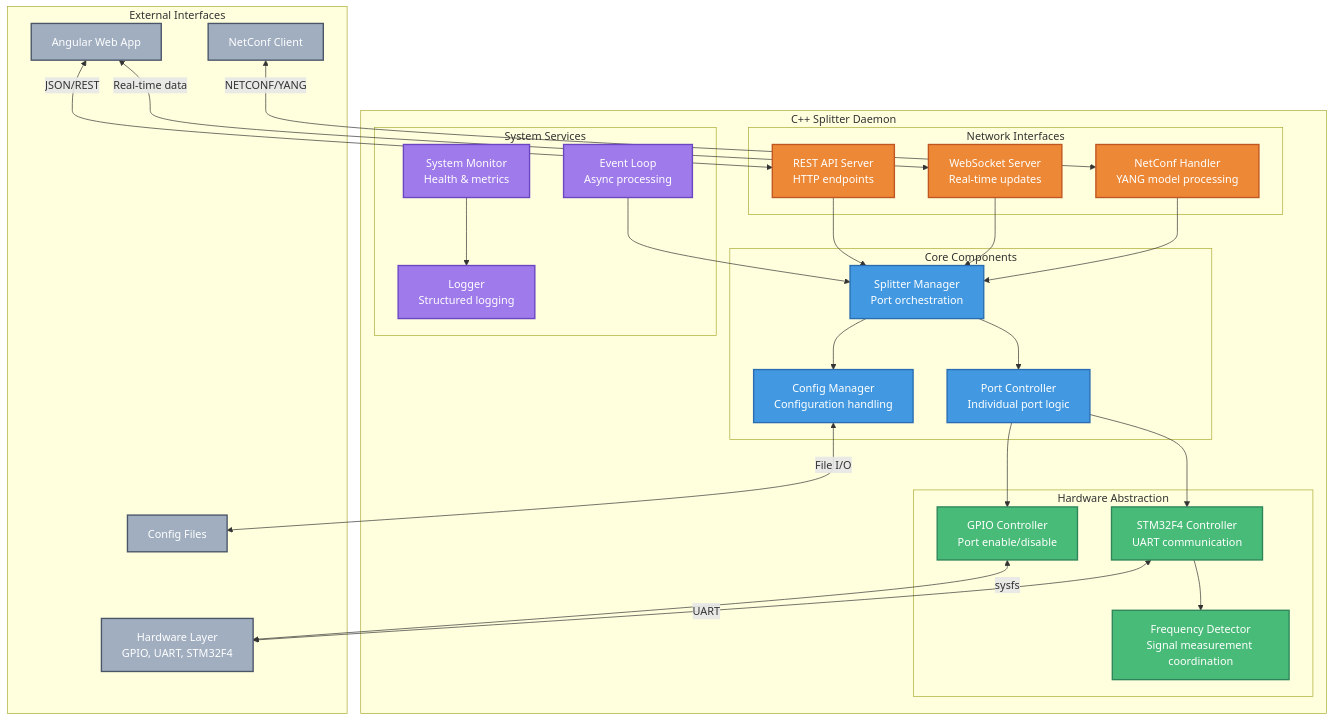
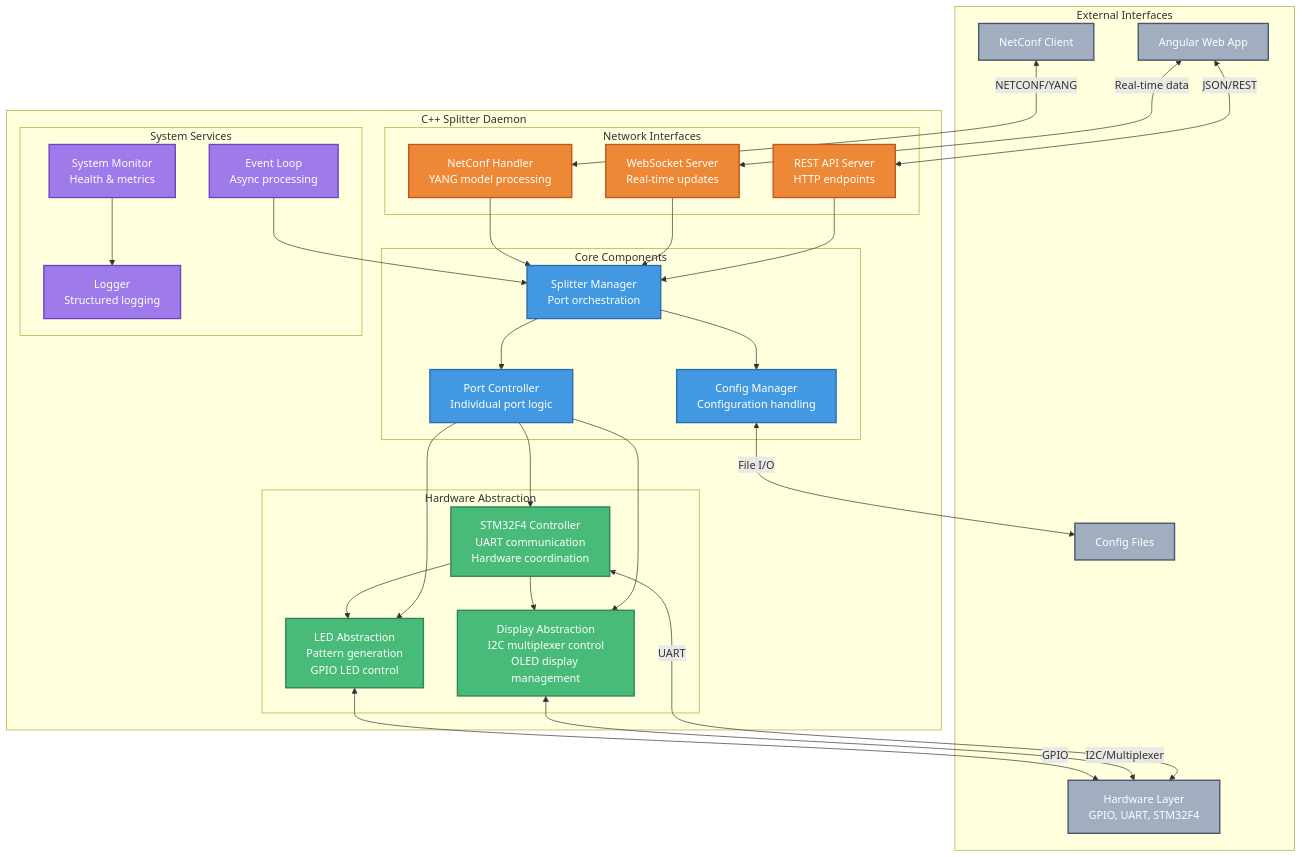
Before and after one commit to alandovskis/lband-splitter: the third of 5 diagrams in README.md, drawn with Mermaid. The commit also changed other lines of this file and 10 other files, not shown here.

First line of the commit message:
Introduce display and LED abstractions in STM32F4 firmware

````diff
--- a/README.md
+++ b/README.md
@@ -103,68 +103,71 @@
 ```mermaid
 graph TB
     subgraph "C++ Splitter Daemon"
         subgraph "Core Components"
             SplitterManager[Splitter Manager<br/>Port orchestration]
             PortController[Port Controller<br/>Individual port logic]
             ConfigManager[Config Manager<br/>Configuration handling]
         end
         
         subgraph "Hardware Abstraction"
-            GPIOController[GPIO Controller<br/>Port enable/disable]
-            STM32Controller[STM32F4 Controller<br/>UART communication]
-            FreqDetector[Frequency Detector<br/>Signal measurement coordination]
+            STM32Controller[STM32F4 Controller<br/>UART communication<br/>Hardware coordination]
+            DisplayAbstraction[Display Abstraction<br/>I2C multiplexer control<br/>OLED display management]
+            LEDAbstraction[LED Abstraction<br/>Pattern generation<br/>GPIO LED control]
         end
         
         subgraph "Network Interfaces"
             RESTServer[REST API Server<br/>HTTP endpoints]
             WebSocketServer[WebSocket Server<br/>Real-time updates]
             NetConfHandler[NetConf Handler<br/>YANG model processing]
         end
         
         subgraph "System Services"
             Logger[Logger<br/>Structured logging]
             Monitor[System Monitor<br/>Health & metrics]
             EventLoop[Event Loop<br/>Async processing]
         end
     end
     
     subgraph "External Interfaces"
         WebApp[Angular Web App]
         NetConfClient[NetConf Client]
         Hardware[Hardware Layer<br/>GPIO, UART, STM32F4]
         ConfigFiles[Config Files]
     end
     
     WebApp <-->|JSON/REST| RESTServer
     WebApp <-->|Real-time data| WebSocketServer
     NetConfClient <-->|NETCONF/YANG| NetConfHandler
     
     SplitterManager --> PortController
     SplitterManager --> ConfigManager
-    PortController --> GPIOController
     PortController --> STM32Controller
-    STM32Controller --> FreqDetector
+    PortController --> DisplayAbstraction
+    PortController --> LEDAbstraction
+    STM32Controller --> DisplayAbstraction
+    STM32Controller --> LEDAbstraction
     
     RESTServer --> SplitterManager
     WebSocketServer --> SplitterManager
     NetConfHandler --> SplitterManager
     
     Monitor --> Logger
     EventLoop --> SplitterManager
     
-    GPIOController <-->|sysfs| Hardware
     STM32Controller <-->|UART| Hardware
+    DisplayAbstraction <-->|I2C/Multiplexer| Hardware
+    LEDAbstraction <-->|GPIO| Hardware
     ConfigManager <-->|File I/O| ConfigFiles
     
     classDef core fill:#4299E1,stroke:#2B6CB0,stroke-width:2px,color:#fff
     classDef hardware fill:#48BB78,stroke:#2F855A,stroke-width:2px,color:#fff
     classDef network fill:#ED8936,stroke:#C05621,stroke-width:2px,color:#fff
     classDef system fill:#9F7AEA,stroke:#6B46C1,stroke-width:2px,color:#fff
     classDef external fill:#A0AEC0,stroke:#4A5568,stroke-width:2px,color:#fff
     
     class SplitterManager,PortController,ConfigManager core
-    class GPIOController,STM32Controller,FreqDetector hardware
+    class STM32Controller,DisplayAbstraction,LEDAbstraction hardware
     class RESTServer,WebSocketServer,NetConfHandler network
     class Logger,Monitor,EventLoop system
     class WebApp,NetConfClient,Hardware,ConfigFiles external
 ```
````
